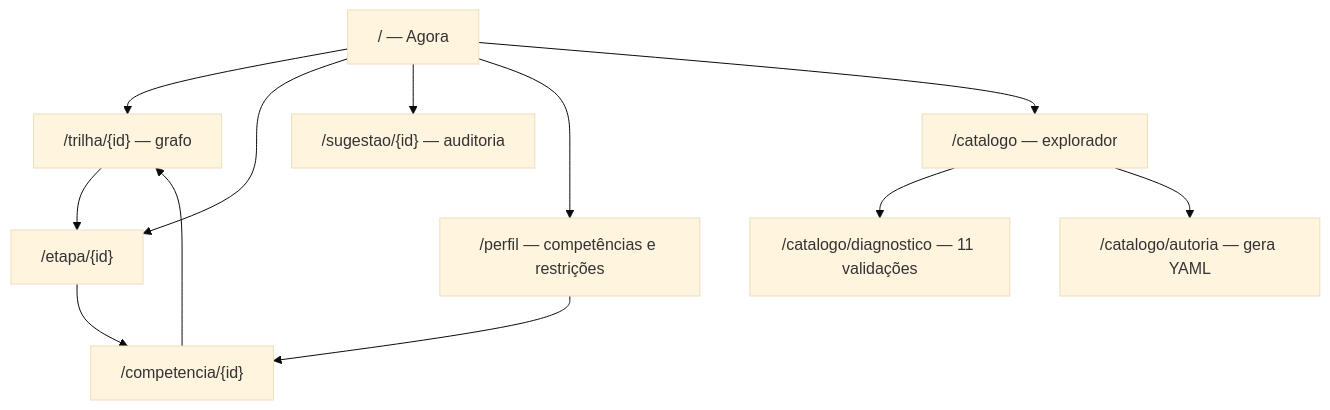
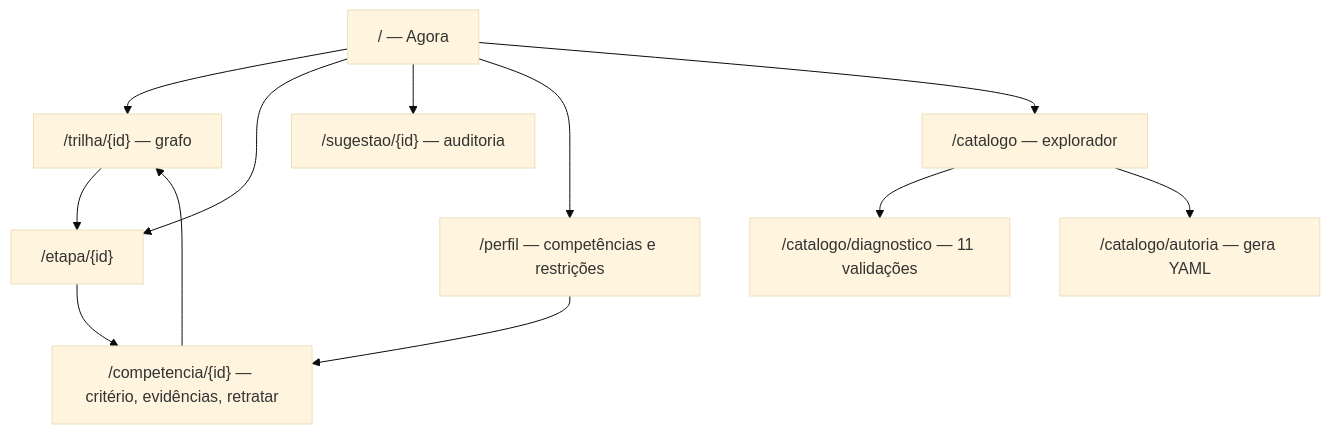
One commit to mpbarbosa/trilhas_estudos changed the second of 2 diagrams in docs/interface.md. Above: the diagram before and after it, drawn with Mermaid (base theme). The commit also changed other lines of this file and 13 other files, not shown here.

````diff
--- a/docs/interface.md
+++ b/docs/interface.md
@@ -293,14 +293,14 @@
 ```mermaid
 flowchart TD
     A["/ — Agora"] --> B["/trilha/{id} — grafo"]
     A --> C["/etapa/{id}"]
     A --> E["/sugestao/{id} — auditoria"]
     B --> C
-    C --> F["/competencia/{id}"]
+    C --> F["/competencia/{id} — critério, evidências, retratar"]
     A --> G["/perfil — competências e restrições"]
     G --> F
     A --> H["/catalogo — explorador"]
     H --> I["/catalogo/diagnostico — 11 validações"]
     H --> J["/catalogo/autoria — gera YAML"]
     F --> B
 ```
````
